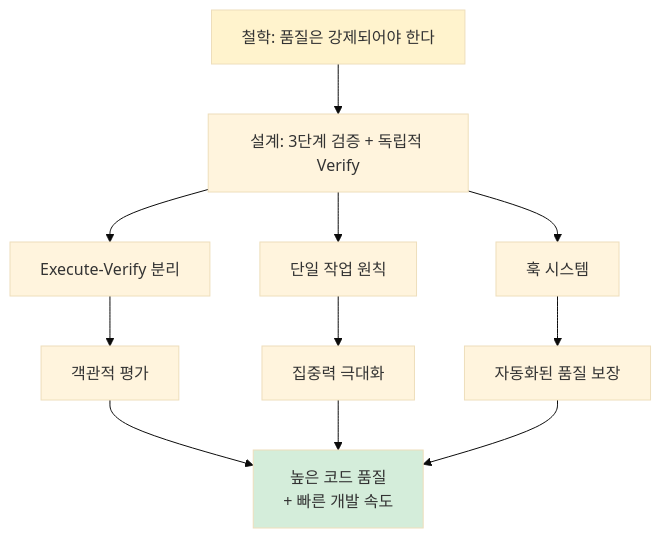
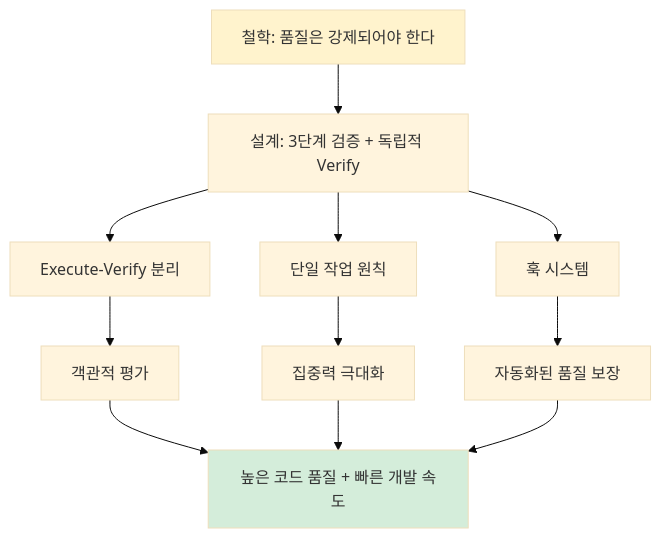
One commit to code-yeongyu/sisyphus-private changed diagram 17 of 21 in flow-draft.md. Above: the diagram before and after it, drawn with Mermaid (base theme). The commit also changed other lines of this file and 150 other files, not shown here.

````diff
--- a/flow-draft.md
+++ b/flow-draft.md
@@ -1215,19 +2499,19 @@
 ```mermaid
 graph TD
     Philosophy["철학: 품질은 강제되어야 한다"] --> Design["설계: 3단계 검증 + 독립적 Verify"]
 
     Design --> Impl1[Execute-Verify 분리]
     Design --> Impl2[단일 작업 원칙]
     Design --> Impl3[훅 시스템]
 
     Impl1 --> Result1[객관적 평가]
     Impl2 --> Result2[집중력 극대화]
     Impl3 --> Result3[자동화된 품질 보장]
 
-    Result1 --> Final[높은 코드 품질<br/>+ 빠른 개발 속도]
+    Result1 --> Final[높은 코드 품질 + 빠른 개발 속도]
     Result2 --> Final
     Result3 --> Final
 
     style Philosophy fill:#fff3cd
     style Final fill:#d4edda
 ```
````
